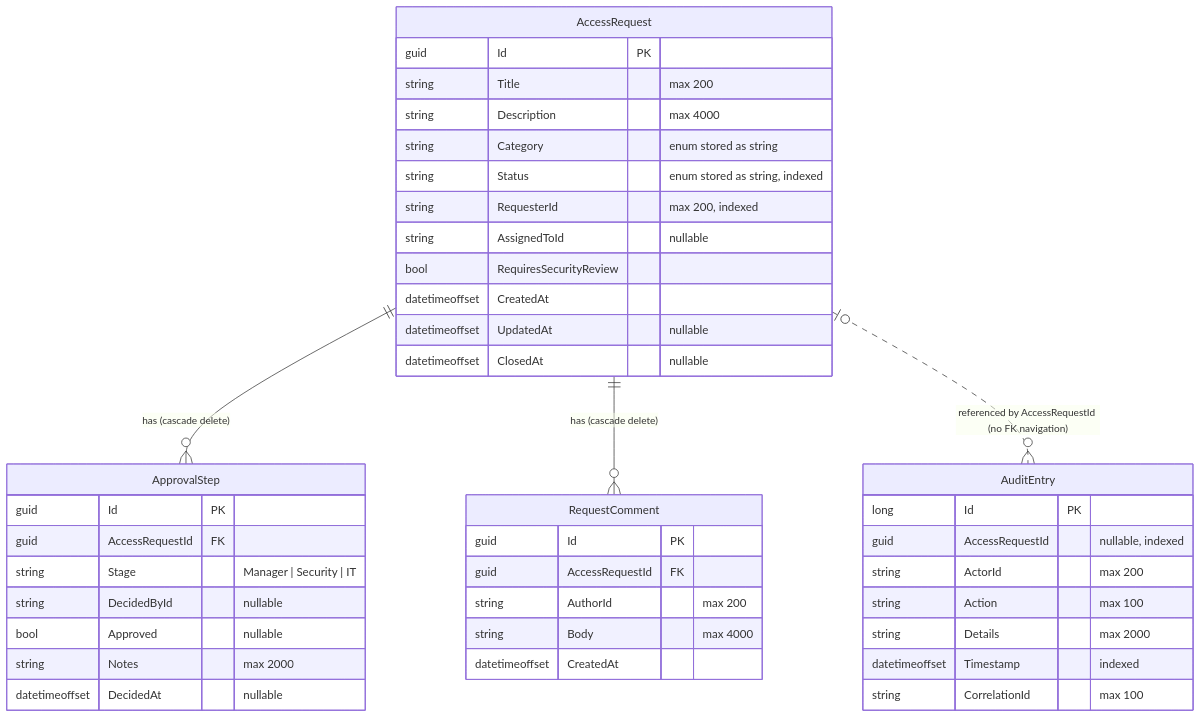
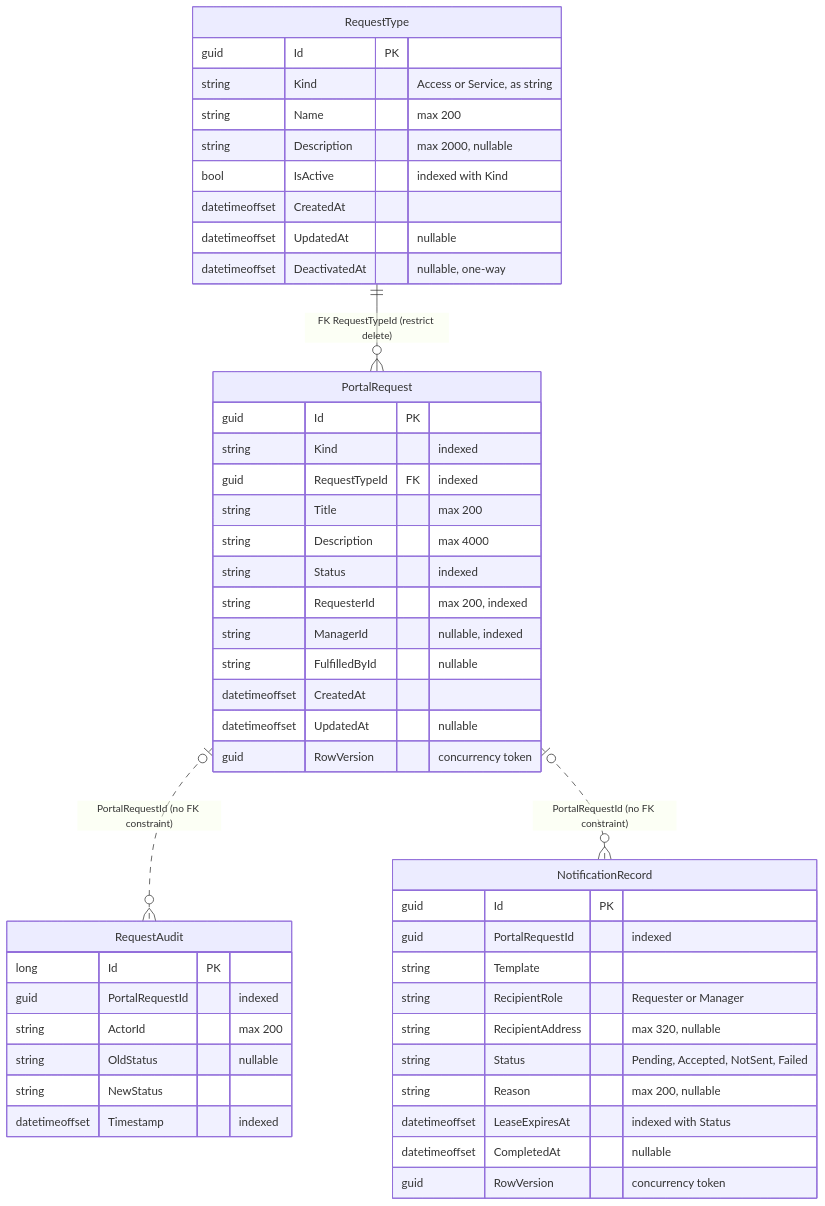
Before and after one commit to Deepankar-AICloud/AISDLC-V1: the diagram in docs/complete-solution-documentation/diagrams/mermaid/11-entity-relationship.mmd, drawn with Mermaid. The commit also changed 125 other files, not shown here.

```diff
--- a/docs/complete-solution-documentation/diagrams/mermaid/11-entity-relationship.mmd
+++ b/docs/complete-solution-documentation/diagrams/mermaid/11-entity-relationship.mmd
@@ -1,43 +1,49 @@
 erDiagram
-  AccessRequest ||--o{ ApprovalStep : "has (cascade delete)"
-  AccessRequest ||--o{ RequestComment : "has (cascade delete)"
-  AccessRequest |o..o{ AuditEntry : "referenced by AccessRequestId (no FK navigation)"
+  RequestType ||--o{ PortalRequest : "FK RequestTypeId (restrict delete)"
+  PortalRequest |o..o{ RequestAudit : "PortalRequestId (no FK constraint)"
+  PortalRequest |o..o{ NotificationRecord : "PortalRequestId (no FK constraint)"
 
-  AccessRequest {
+  RequestType {
     guid Id PK
+    string Kind "Access or Service, as string"
+    string Name "max 200"
+    string Description "max 2000, nullable"
+    bool IsActive "indexed with Kind"
+    datetimeoffset CreatedAt
+    datetimeoffset UpdatedAt "nullable"
+    datetimeoffset DeactivatedAt "nullable, one-way"
+  }
+  PortalRequest {
+    guid Id PK
+    string Kind "indexed"
+    guid RequestTypeId FK "indexed"
     string Title "max 200"
     string Description "max 4000"
-    string Category "enum stored as string"
-    string Status "enum stored as string, indexed"
+    string Status "indexed"
     string RequesterId "max 200, indexed"
-    string AssignedToId "nullable"
-    bool RequiresSecurityReview
+    string ManagerId "nullable, indexed"
+    string FulfilledById "nullable"
     datetimeoffset CreatedAt
     datetimeoffset UpdatedAt "nullable"
-    datetimeoffset ClosedAt "nullable"
+    guid RowVersion "concurrency token"
   }
-  ApprovalStep {
+  RequestAudit {
+    long Id PK
+    guid PortalRequestId "indexed"
+    string ActorId "max 200"
+    string OldStatus "nullable"
+    string NewStatus
+    datetimeoffset Timestamp "indexed"
+  }
+  NotificationRecord {
     guid Id PK
-    guid AccessRequestId FK
-    string Stage "Manager | Security | IT"
-    string DecidedById "nullable"
-    bool Approved "nullable"
-    string Notes "max 2000"
-    datetimeoffset DecidedAt "nullable"
+    guid PortalRequestId "indexed"
+    string Template
+    string RecipientRole "Requester or Manager"
+    string RecipientAddress "max 320, nullable"
+    string Status "Pending, Accepted, NotSent, Failed"
+    string Reason "max 200, nullable"
+    datetimeoffset LeaseExpiresAt "indexed with Status"
+    datetimeoffset CompletedAt "nullable"
+    guid RowVersion "concurrency token"
   }
-  RequestComment {
-    guid Id PK
-    guid AccessRequestId FK
-    string AuthorId "max 200"
-    string Body "max 4000"
-    datetimeoffset CreatedAt
-  }
-  AuditEntry {
-    long Id PK
-    guid AccessRequestId "nullable, indexed"
-    string ActorId "max 200"
-    string Action "max 100"
-    string Details "max 2000"
-    datetimeoffset Timestamp "indexed"
-    string CorrelationId "max 100"
-  }
```
